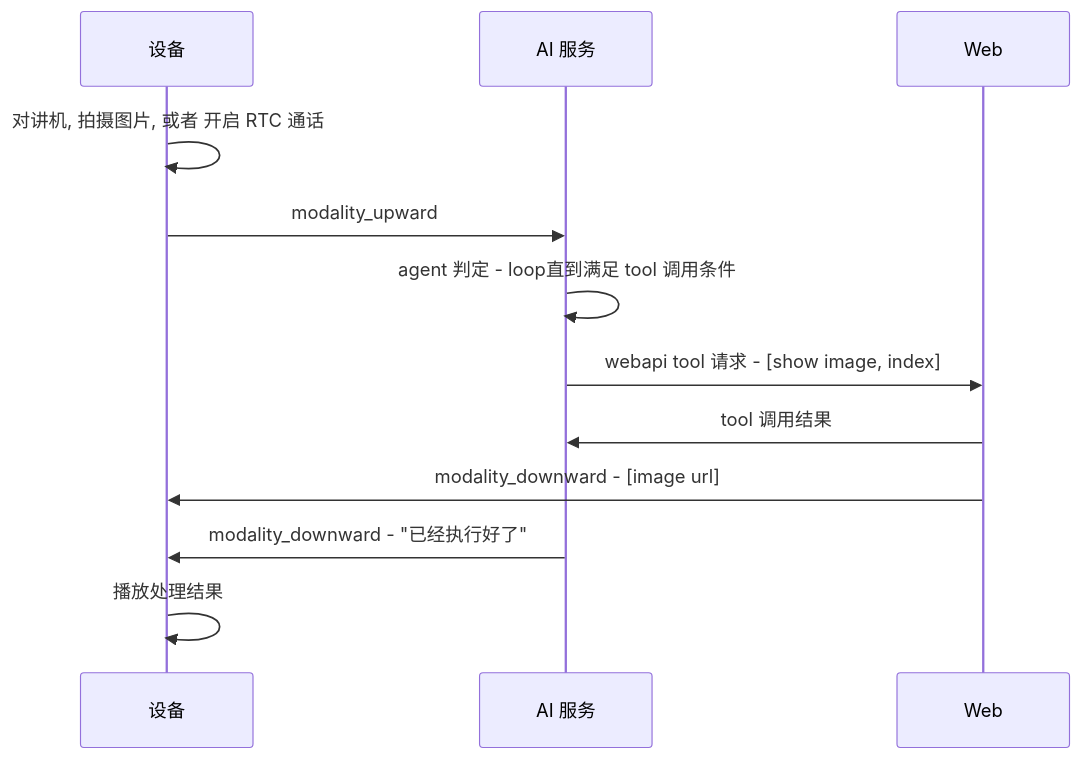
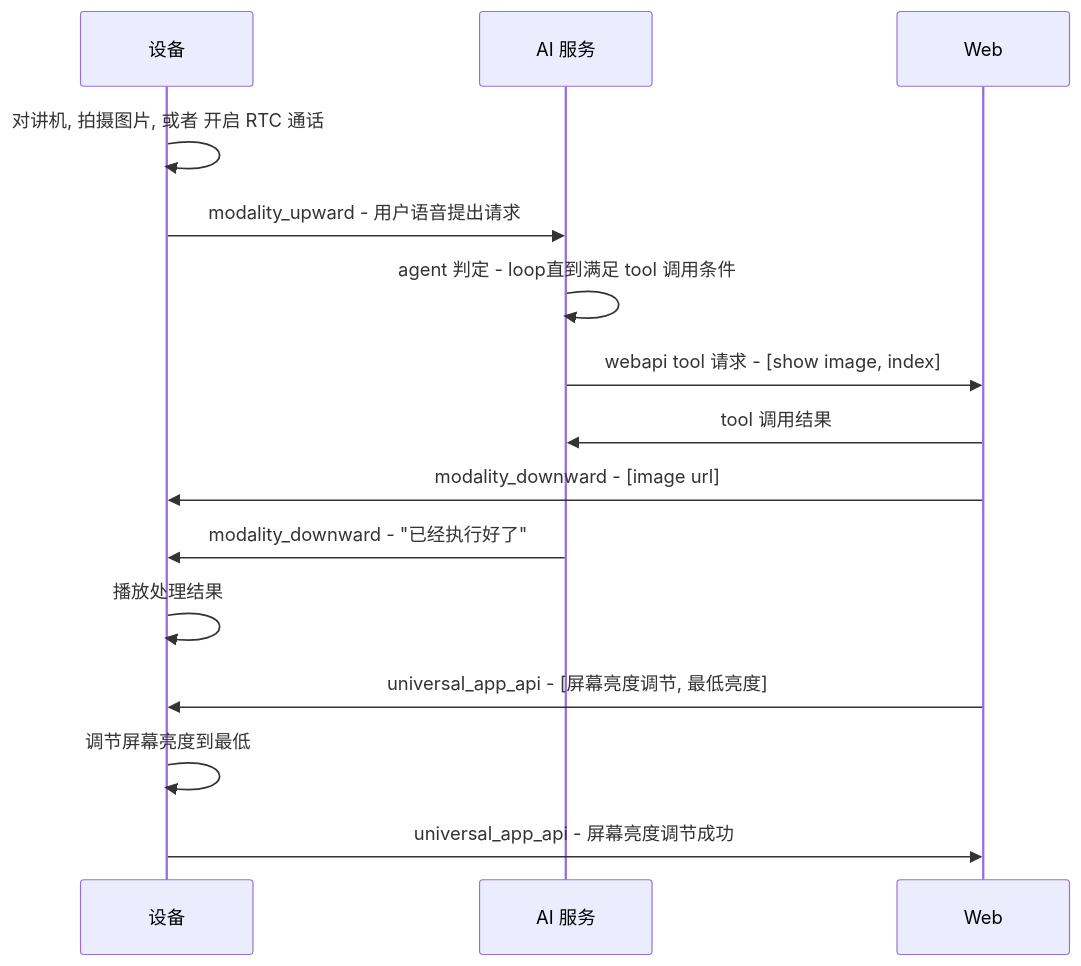
Before and after one commit to shaojun/open_docs: the sixth of 8 diagrams in projects/commercial/USER_STORY.md, drawn with Mermaid. The commit also changed other lines of this file and 3 other files, not shown here.

````diff
--- a/projects/commercial/USER_STORY.md
+++ b/projects/commercial/USER_STORY.md
@@ -96,13 +96,16 @@
 ```mermaid
 sequenceDiagram
     participant Device as 设备
     participant AIService as AI 服务
     Device->>Device: 对讲机, 拍摄图片, 或者 开启 RTC 通话
-    Device->>AIService: modality_upward
+    Device->>AIService: modality_upward - 用户语音提出请求
     AIService->>AIService: agent 判定 - loop直到满足 tool 调用条件
     AIService->>Web: webapi tool 请求 - [show image, index]
     Web->>AIService: tool 调用结果
     Web->>Device: modality_downward - [image url]
     AIService->>Device: modality_downward - "已经执行好了"
     Device->>Device: 播放处理结果
+    Web->>Device: universal_app_api - [屏幕亮度调节, 最低亮度]
+    Device->>Device: 调节屏幕亮度到最低
+    Device->>Web: universal_app_api - 屏幕亮度调节成功
 ```
````
